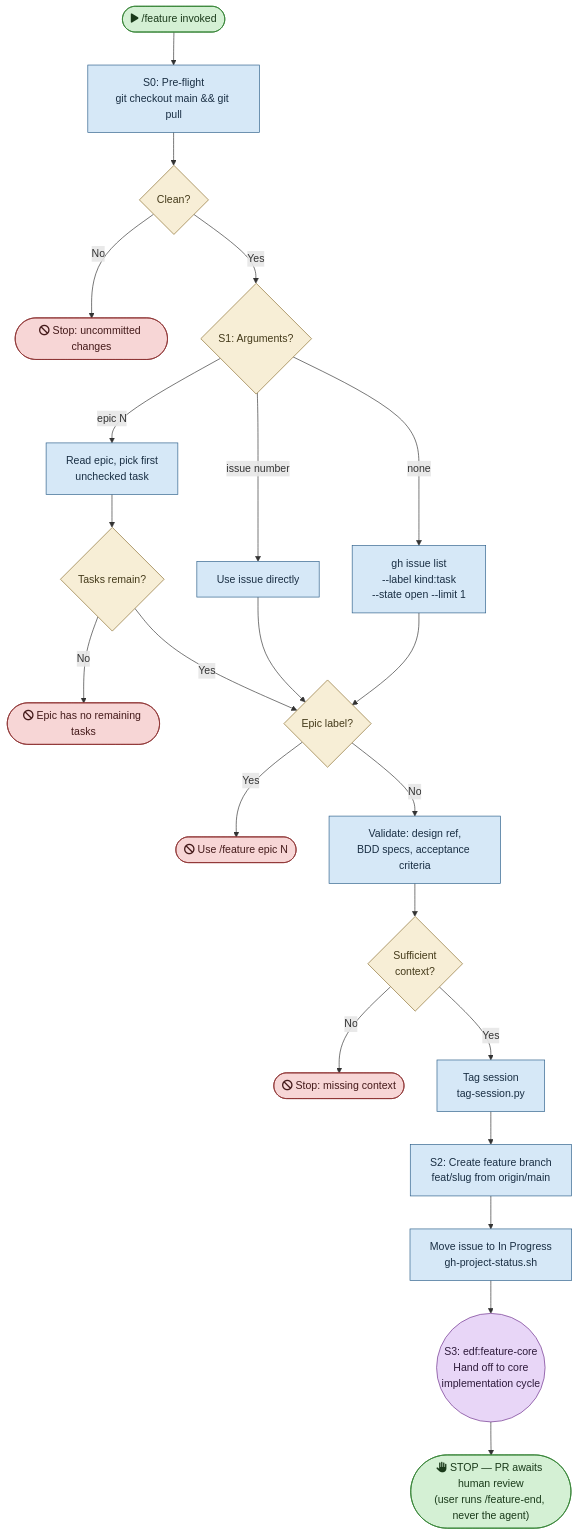
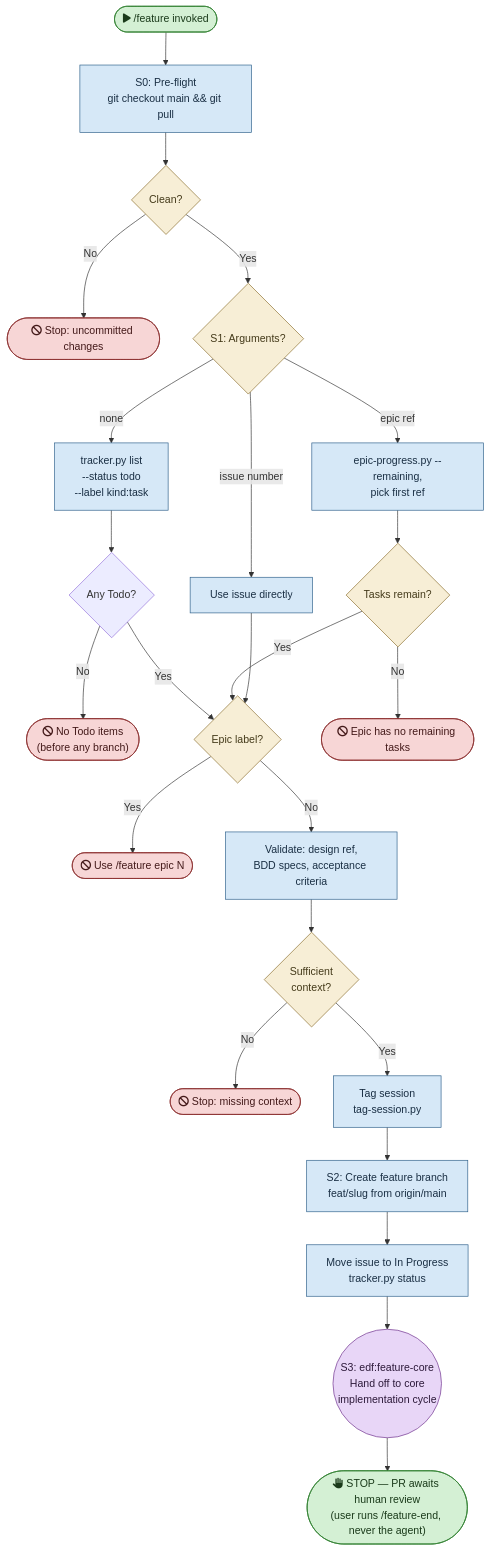
The diagram in plugins/edf/skills/feature/flowchart.md (mironyx/engineering-delivery-framework), drawn with Mermaid before and after one commit. The commit also changed 12 other files, not shown here.

````diff
--- a/plugins/edf/skills/feature/flowchart.md
+++ b/plugins/edf/skills/feature/flowchart.md
@@ -5,44 +5,46 @@
 ```mermaid
 flowchart TD
     START(["fa:fa-play /feature invoked"]) --> S0
 
     S0["S0: Pre-flight<br/>git checkout main && git pull"] --> S0_CHK{"Clean?"}
     S0_CHK -->|"No"| STOP_DIRTY(["fa:fa-ban Stop: uncommitted changes"])
     S0_CHK -->|"Yes"| S1
 
-    S1{"S1: Arguments?"} -->|"epic N"| S1_EPIC["Read epic, pick first<br/>unchecked task"]
+    S1{"S1: Arguments?"} -->|"epic ref"| S1_EPIC["epic-progress.py --remaining,<br/>pick first ref"]
     S1 -->|"issue number"| S1_DIRECT["Use issue directly"]
-    S1 -->|"none"| S1_TOP["gh issue list<br/>--label kind:task<br/>--state open --limit 1"]
+    S1 -->|"none"| S1_TOP["tracker.py list<br/>--status todo<br/>--label kind:task"]
 
+    S1_TOP --> S1_NONE{"Any Todo?"}
+    S1_NONE -->|"No"| STOP_NONE(["fa:fa-ban No Todo items<br/>(before any branch)"])
+    S1_NONE -->|"Yes"| S1_GUARD
     S1_EPIC --> S1_EMPTY{"Tasks remain?"}
     S1_EMPTY -->|"No"| STOP_EPIC_DONE(["fa:fa-ban Epic has no remaining tasks"])
     S1_EMPTY -->|"Yes"| S1_GUARD
     S1_DIRECT --> S1_GUARD
-    S1_TOP --> S1_GUARD
 
     S1_GUARD{"Epic label?"} -->|"Yes"| STOP_EPIC(["fa:fa-ban Use /feature epic N"])
     S1_GUARD -->|"No"| S1_VALIDATE["Validate: design ref,<br/>BDD specs, acceptance criteria"]
     S1_VALIDATE --> S1_VALIDATE_CHK{"Sufficient<br/>context?"}
     S1_VALIDATE_CHK -->|"No"| STOP_CONTEXT(["fa:fa-ban Stop: missing context"])
     S1_VALIDATE_CHK -->|"Yes"| S1_TAG["Tag session<br/>tag-session.py"]
 
     S1_TAG --> S2["S2: Create feature branch<br/>feat/slug from origin/main"]
-    S2 --> S2_BOARD["Move issue to In Progress<br/>gh-project-status.sh"]
+    S2 --> S2_BOARD["Move issue to In Progress<br/>tracker.py status"]
 
     S2_BOARD --> S3(("S3: edf:feature-core<br/>Hand off to core<br/>implementation cycle"))
 
     S3 --> DONE(["fa:fa-hand-paper STOP — PR awaits human review<br/>(user runs /feature-end, never the agent)"])
 
     %% ── Styles ──
     classDef startend fill:#d4f0d4,stroke:#2d7d2d,color:#1a3a1a
     classDef process fill:#d6e8f7,stroke:#2d5f8a,color:#1a2f44
     classDef agent fill:#e8d6f7,stroke:#6b2d8a,color:#2d1a3a
     classDef decision fill:#f7eed6,stroke:#8a6d2d,color:#443a1a
     classDef stop fill:#f7d6d6,stroke:#8a2d2d,color:#441a1a
 
     class START,DONE startend
     class S0,S1_EPIC,S1_DIRECT,S1_TOP,S1_VALIDATE,S1_TAG,S2,S2_BOARD process
     class S3 agent
     class S0_CHK,S1,S1_EMPTY,S1_GUARD,S1_VALIDATE_CHK decision
-    class STOP_DIRTY,STOP_EPIC_DONE,STOP_EPIC,STOP_CONTEXT stop
+    class STOP_DIRTY,STOP_NONE,STOP_EPIC_DONE,STOP_EPIC,STOP_CONTEXT stop
 ```
````
